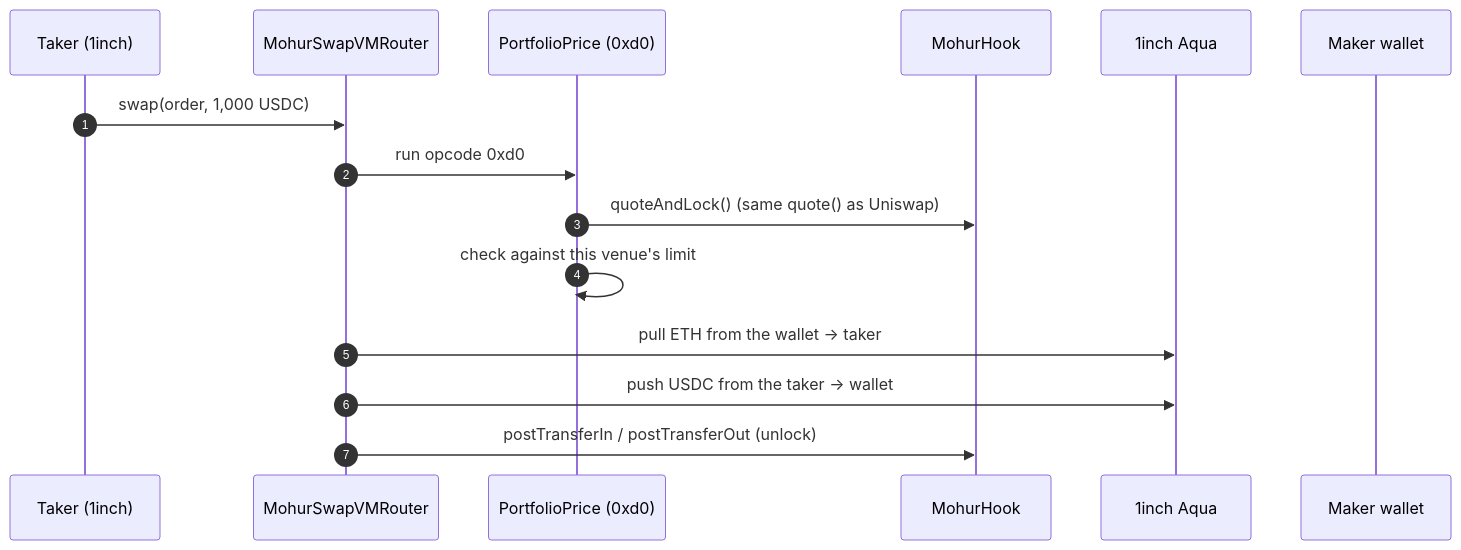
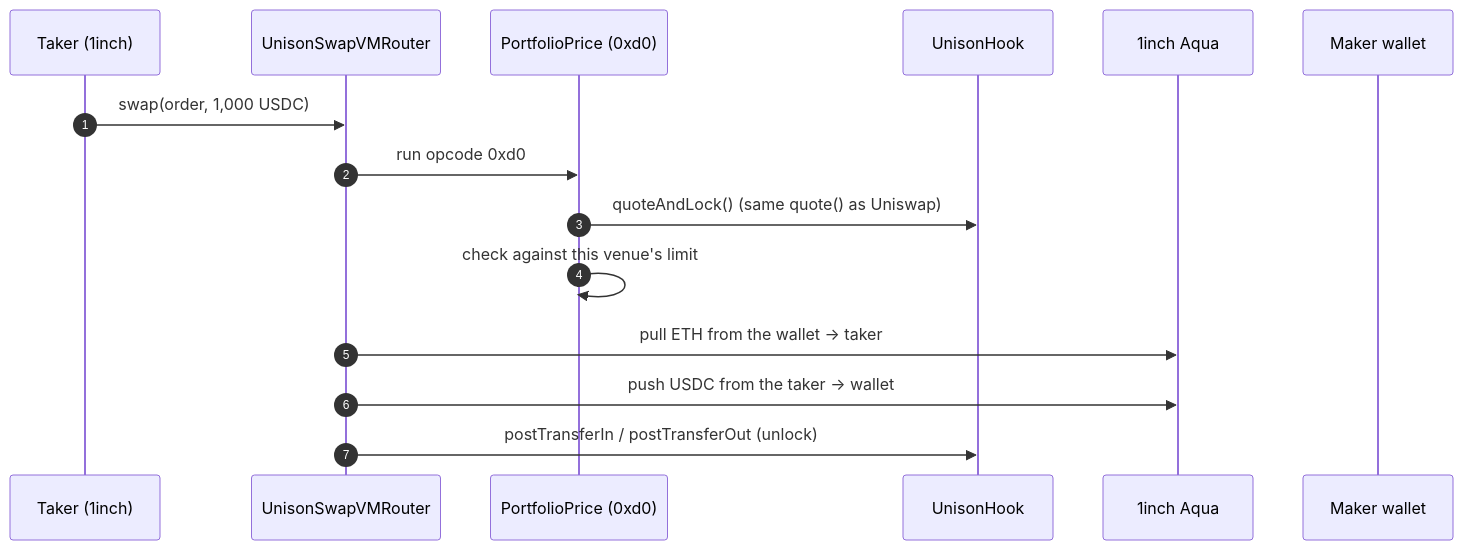
The third of 7 diagrams in docs/explained.md (Abhist17/mohur), drawn with Mermaid before and after one commit. The commit also changed other lines of this file and 110 other files, not shown here.

````diff
--- a/docs/explained.md
+++ b/docs/explained.md
@@ -100,17 +100,17 @@
 ```mermaid
 sequenceDiagram
     autonumber
     participant T as Taker (1inch)
-    participant VM as MohurSwapVMRouter
+    participant VM as UnisonSwapVMRouter
     participant PP as PortfolioPrice (0xd0)
-    participant H as MohurHook
+    participant H as UnisonHook
     participant AQ as 1inch Aqua
     participant W as Maker wallet
     T->>VM: swap(order, 1,000 USDC)
     VM->>PP: run opcode 0xd0
     PP->>H: quoteAndLock() (same quote() as Uniswap)
     PP->>PP: check against this venue's limit
     VM->>AQ: pull ETH from the wallet → taker
     VM->>AQ: push USDC from the taker → wallet
     VM->>H: postTransferIn / postTransferOut (unlock)
 ```
````
